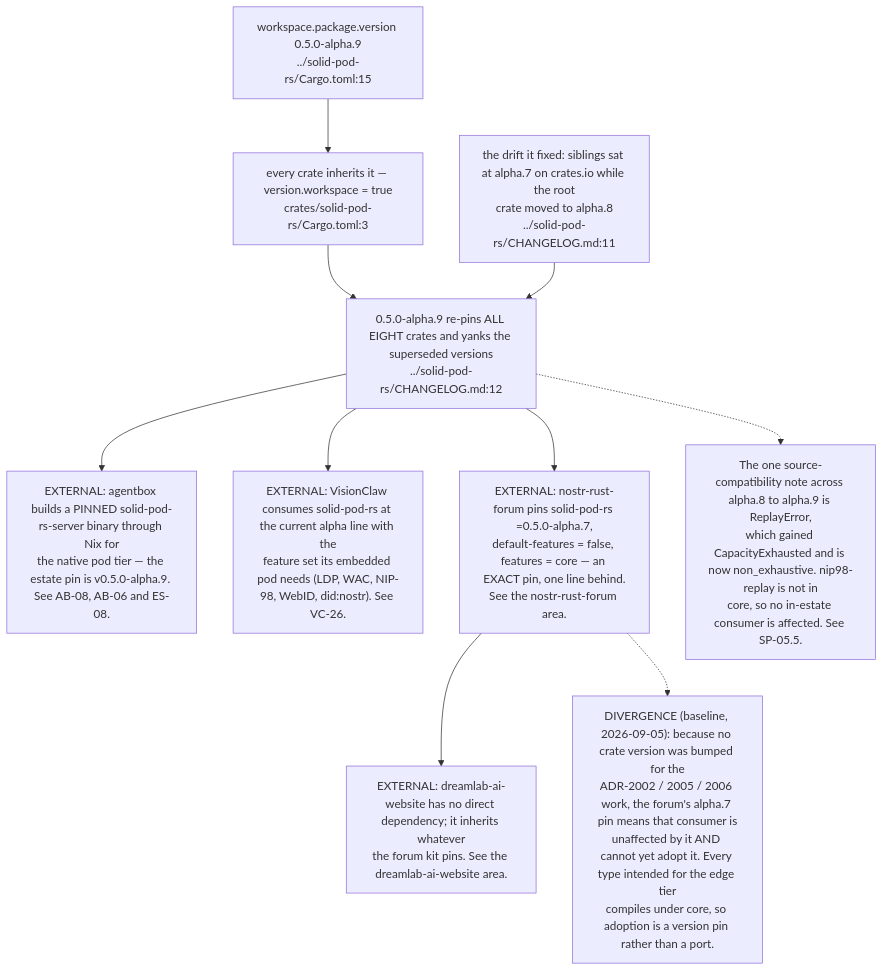
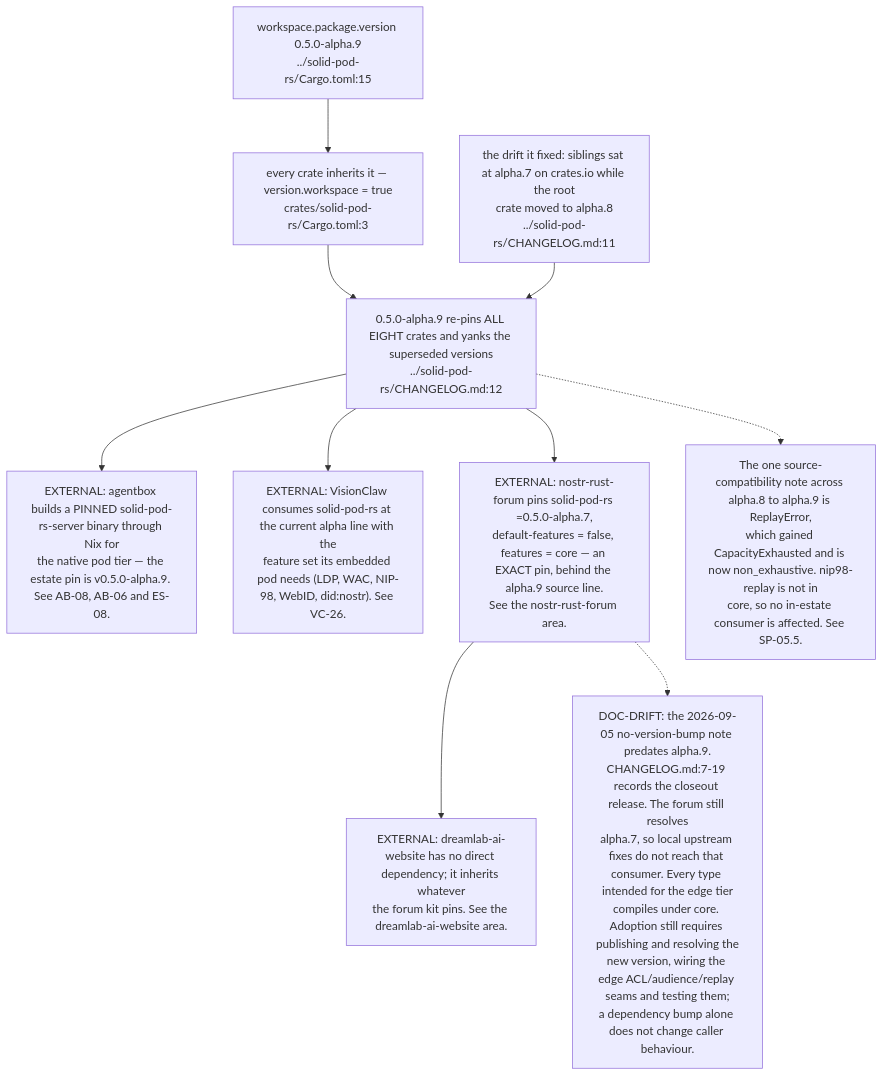
The seventh of 12 diagrams in docs/diagrams/solid-pod-rs/09-ci-release-and-consumer-pins.md (DreamLab-AI/VisionFlow), drawn with Mermaid before and after one commit. The commit also changed other lines of this file and 185 other files, not shown here.

Commit message:
docs(estate): reconcile diagrams and ADRs with source and define closeout sprint

````diff
--- a/docs/diagrams/solid-pod-rs/09-ci-release-and-consumer-pins.md
+++ b/docs/diagrams/solid-pod-rs/09-ci-release-and-consumer-pins.md
@@ -190,25 +199,25 @@
 ```mermaid
 flowchart TD
     WSV["workspace.package.version 0.5.0-alpha.9<br/>../solid-pod-rs/Cargo.toml:15"]
     INH["every crate inherits it — version.workspace = true<br/>crates/solid-pod-rs/Cargo.toml:3"]
     REL["0.5.0-alpha.9 re-pins ALL EIGHT crates and yanks the superseded versions<br/>../solid-pod-rs/CHANGELOG.md:12"]
     DRIFT["the drift it fixed: siblings sat at alpha.7 on crates.io while the root<br/>crate moved to alpha.8<br/>../solid-pod-rs/CHANGELOG.md:11"]
 
     WSV --> INH --> REL
     DRIFT --> REL
 
     AB["EXTERNAL: agentbox builds a PINNED solid-pod-rs-server binary through Nix for<br/>the native pod tier — the estate pin is v0.5.0-alpha.9. See AB-08, AB-06 and ES-08."]
     VC["EXTERNAL: VisionClaw consumes solid-pod-rs at the current alpha line with the<br/>feature set its embedded pod needs (LDP, WAC, NIP-98, WebID, did:nostr). See VC-26."]
-    NF["EXTERNAL: nostr-rust-forum pins solid-pod-rs =0.5.0-alpha.7,<br/>default-features = false, features = core — an EXACT pin, one line behind.<br/>See the nostr-rust-forum area."]
+    NF["EXTERNAL: nostr-rust-forum pins solid-pod-rs =0.5.0-alpha.7,<br/>default-features = false, features = core — an EXACT pin, behind the alpha.9 source line.<br/>See the nostr-rust-forum area."]
     DW["EXTERNAL: dreamlab-ai-website has no direct dependency; it inherits whatever<br/>the forum kit pins. See the dreamlab-ai-website area."]
 
     REL --> AB
     REL --> VC
     REL --> NF
     NF --> DW
 
-    N["DIVERGENCE (baseline, 2026-09-05): because no crate version was bumped for the<br/>ADR-2002 / 2005 / 2006 work, the forum's alpha.7 pin means that consumer is<br/>unaffected by it AND cannot yet adopt it. Every type intended for the edge tier<br/>compiles under core, so adoption is a version pin rather than a port."]
+    N["DOC-DRIFT: the 2026-09-05 no-version-bump note predates alpha.9.<br/>CHANGELOG.md:7-19 records the closeout release. The forum still resolves<br/>alpha.7, so local upstream fixes do not reach that consumer. Every type intended for the edge tier<br/>compiles under core. Adoption still requires publishing and resolving the<br/>new version, wiring the edge ACL/audience/replay seams and testing them;<br/>a dependency bump alone does not change caller behaviour."]
     NF -.-> N
     N2["The one source-compatibility note across alpha.8 to alpha.9 is ReplayError,<br/>which gained CapacityExhausted and is now non_exhaustive. nip98-replay is not in<br/>core, so no in-estate consumer is affected. See SP-05.5."]
     REL -.-> N2
 ```
````
